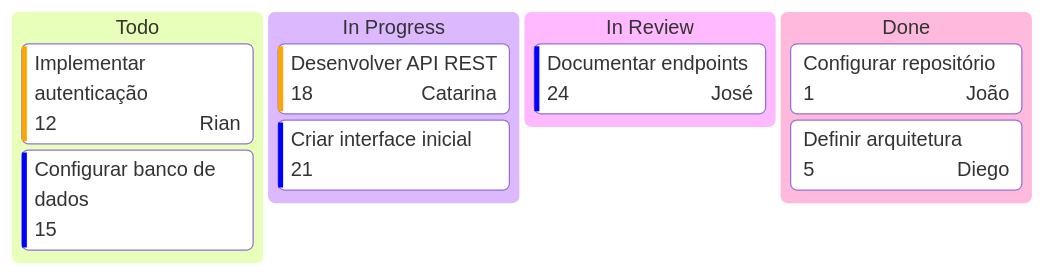
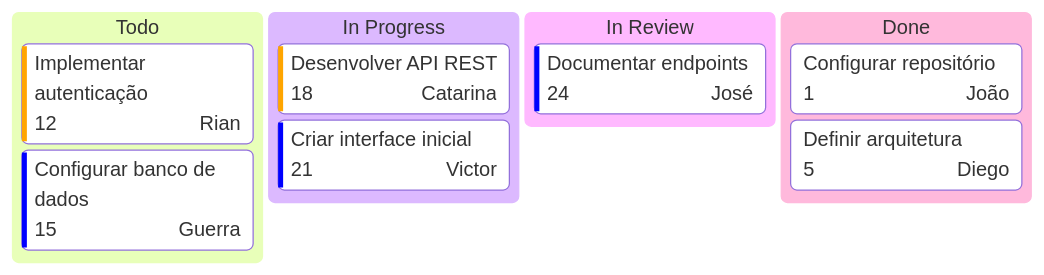
Before and after one commit to AWS-SBG-Senai-Cimatec/Do-Zero-Ao-Junior: the first of 3 diagrams in 04-versionamento-de-codigo/github/recursos/03-github-projects.md, drawn with Mermaid. The commit also changed other lines of this file, not shown here.

Commit message:
fix: readme bugs

````diff
--- a/04-versionamento-de-codigo/github/recursos/03-github-projects.md
+++ b/04-versionamento-de-codigo/github/recursos/03-github-projects.md
@@ -17,17 +17,17 @@
 ```mermaid
 kanban
     Todo
         auth[Implementar autenticação]@{ ticket: 12, priority: 'High', assigned: 'Rian' }
-        database[Configurar banco de dados]@{ ticket: 15, priority: 'Low' }
+        database[Configurar banco de dados]@{ ticket: 15, priority: 'Low', assigned: 'Guerra' }
 
     In Progress
         api[Desenvolver API REST]@{ ticket: 18, priority: 'High', assigned: 'Catarina' }
-        interface[Criar interface inicial]@{ ticket: 21, priority: 'Low' }
+        interface[Criar interface inicial]@{ ticket: 21, priority: 'Low', assigned: 'Victor' }
 
     In Review
         docs[Documentar endpoints]@{ ticket: 24, priority: 'Low', assigned: 'José' }
 
     Done
         repository[Configurar repositório]@{ ticket: 1, assigned: 'João' }
         architecture[Definir arquitetura]@{ ticket: 5, assigned: 'Diego'  }
 ```
````
